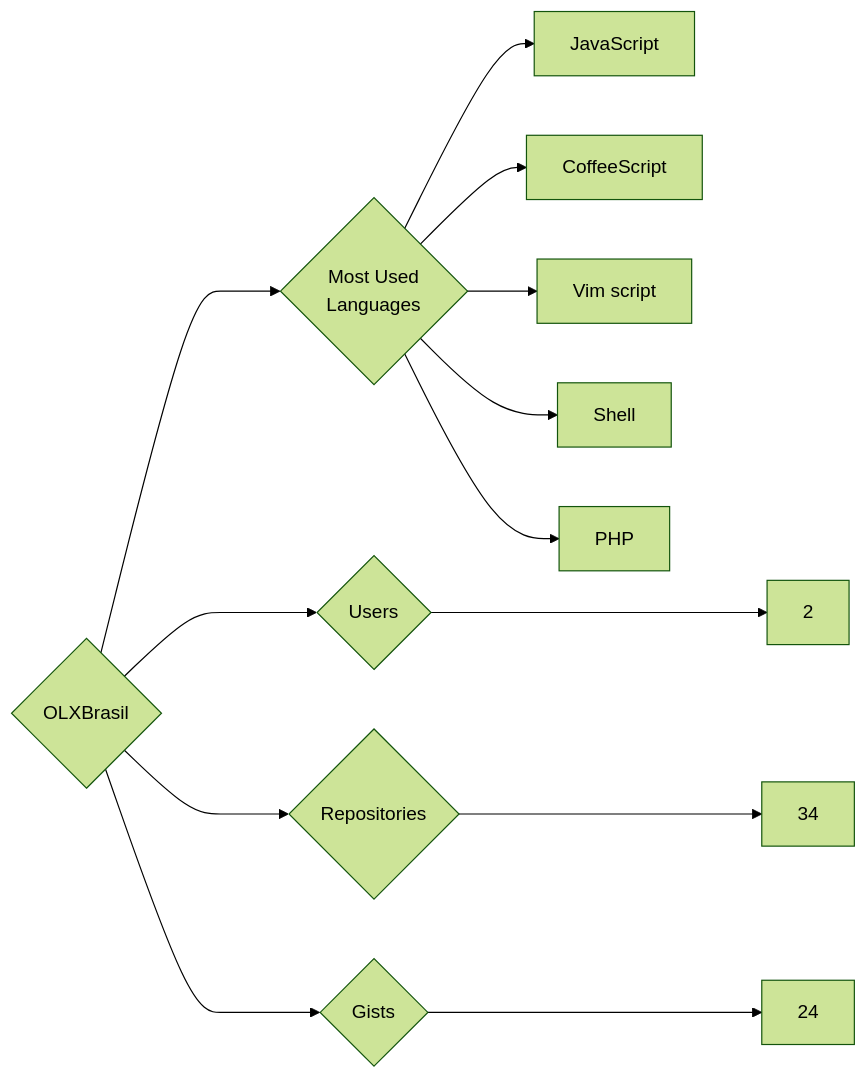
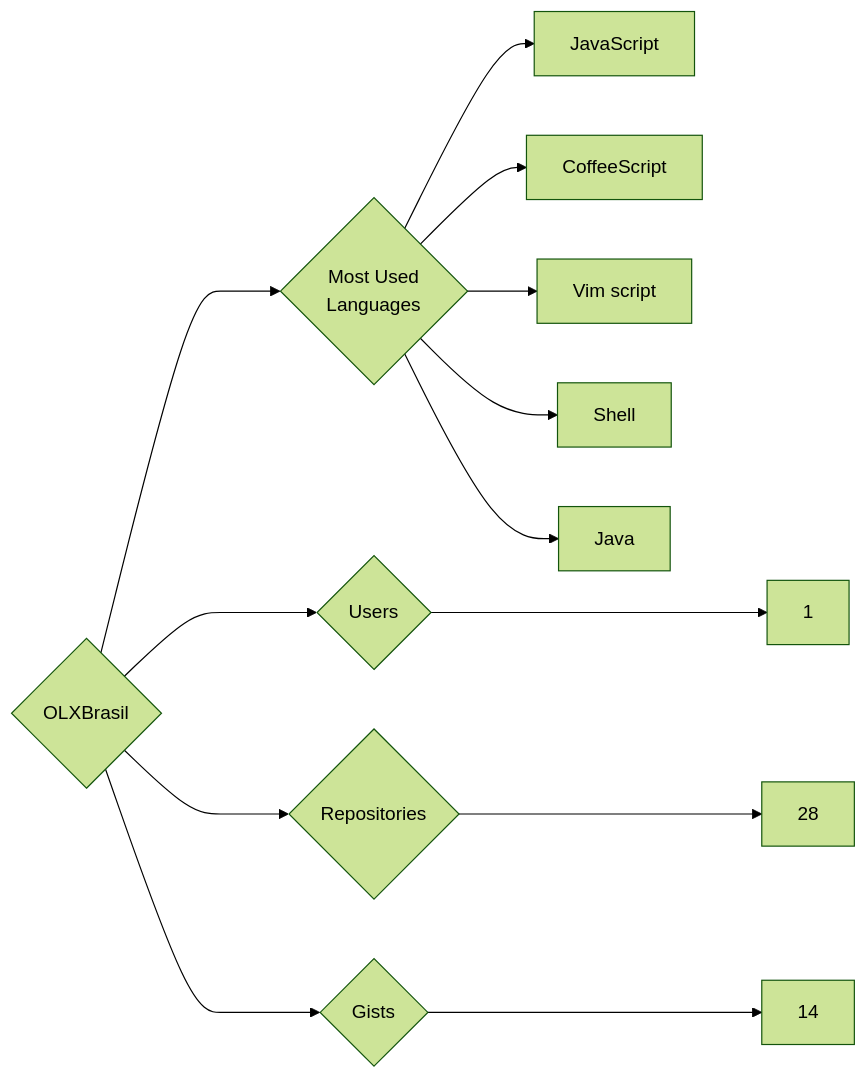
The diagram in targets/OLXBrasil/README.md (trickest/insiders), drawn with Mermaid (forest theme) before and after one commit. The commit also changed 770 other files, not shown here.

````diff
--- a/targets/OLXBrasil/README.md
+++ b/targets/OLXBrasil/README.md
@@ -3,13 +3,13 @@
 ```mermaid
 graph LR
 COMPANY_NAME{OLXBrasil}
-COMPANY_NAME ---> U{Users} ---> UN[2]
-COMPANY_NAME ---> R{Repositories} ---> RN[34]
-COMPANY_NAME ---> G{Gists} ---> GN[24]
+COMPANY_NAME ---> U{Users} ---> UN[1]
+COMPANY_NAME ---> R{Repositories} ---> RN[28]
+COMPANY_NAME ---> G{Gists} ---> GN[14]
 COMPANY_NAME ---> ML{Most Used<br>Languages}
 ML --> JavaScript[JavaScript]
 ML --> CoffeeScript[CoffeeScript]
 ML --> Vim_script[Vim script]
 ML --> Shell[Shell]
-ML --> PHP[PHP]
+ML --> Java[Java]
 ```
````
